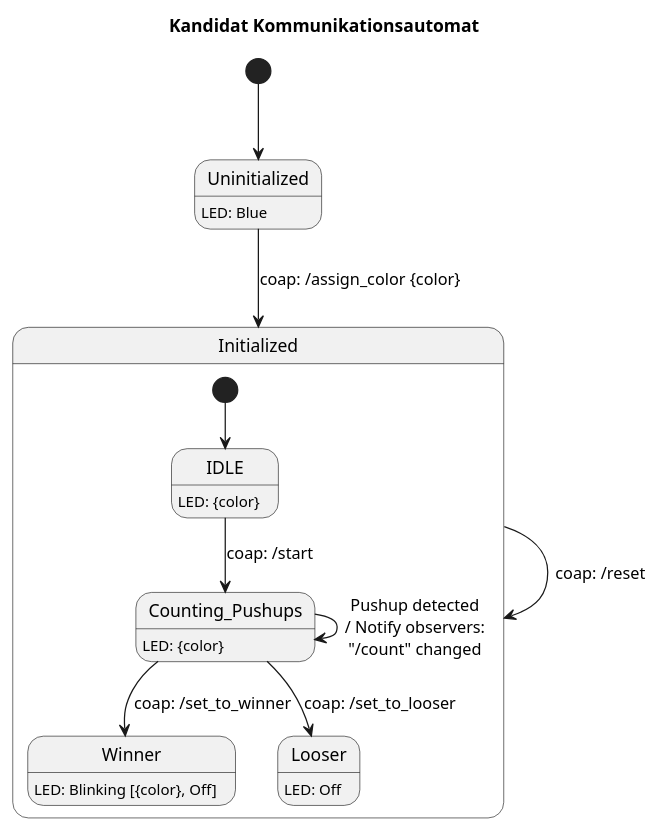
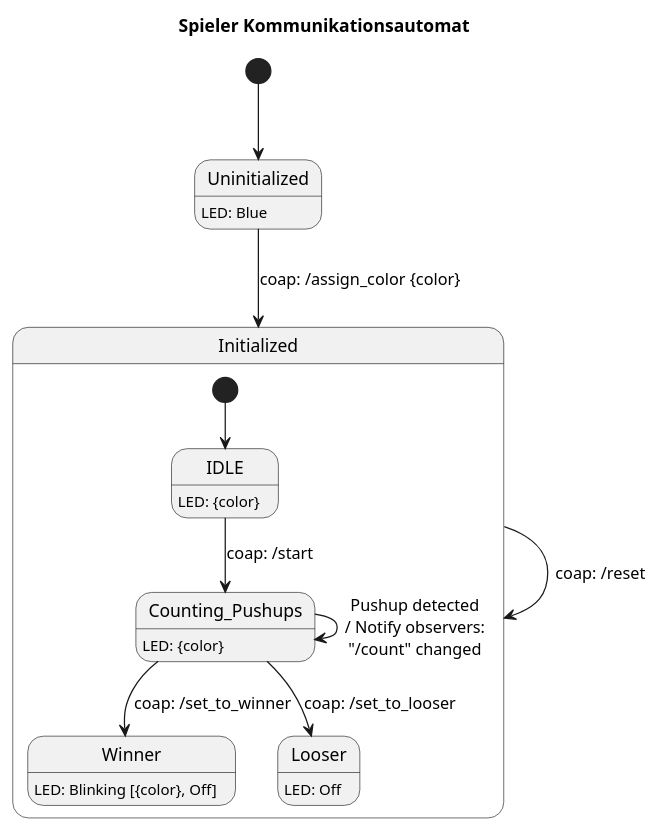
One commit to friedrichdudda/AIT05 changed the diagram in pushup_contest/docs/communication_state_machine.puml. Above: the diagram before and after it, drawn with PlantUML. The commit also changed 4 other files, not shown here.

```diff
--- a/pushup_contest/docs/communication_state_machine.puml
+++ b/pushup_contest/docs/communication_state_machine.puml
@@ -1,19 +1,19 @@
 @startuml Kommunikation
-title Kandidat Kommunikationsautomat
+title Spieler Kommunikationsautomat
 [*] --> Uninitialized
 Uninitialized : LED: Blue
 Uninitialized--> Initialized: coap: /assign_color {color}
 state Initialized {
     IDLE : LED: {color}
     Counting_Pushups: LED: {color}
     Winner: LED: Blinking [{color}, Off]
     Looser: LED: Off
 
     [*] --> IDLE
     IDLE --> Counting_Pushups: coap: /start
     Counting_Pushups --> Counting_Pushups: Pushup detected\n/ Notify observers:\n"/count" changed
     Counting_Pushups --> Winner: coap: /set_to_winner
     Counting_Pushups --> Looser: coap: /set_to_looser
 }
 Initialized --> Initialized: coap: /reset
 @enduml
```
